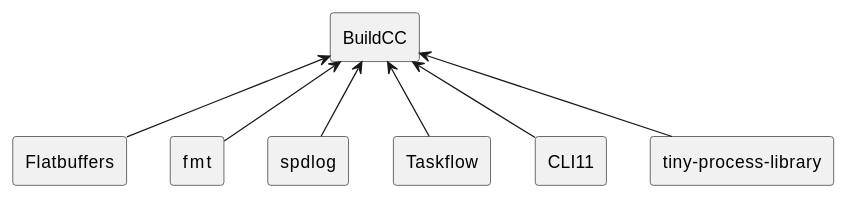
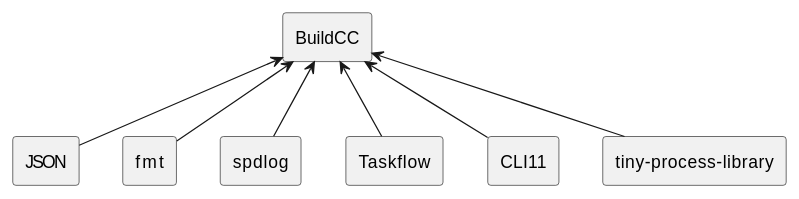
Before and after one commit to coder137/build_in_cpp: the first of 2 diagrams in docs/source/arch/software_heirarchy.rst, drawn with PlantUML. The commit also changed other lines of this file and 31 other files, not shown here.

```diff
--- a/docs/source/arch/software_heirarchy.rst
+++ b/docs/source/arch/software_heirarchy.rst
@@ -12,17 +12,17 @@
 .. uml::
    
-   rectangle Flatbuffers as flatbuffers
+   rectangle JSON as json
    rectangle fmt as fmt
    rectangle spdlog as spdlog
    rectangle Taskflow as taskflow
    rectangle CLI11 as cli11
    rectangle "tiny-process-library" as tpl
 
    rectangle BuildCC as buildcc
 
-   flatbuffers -up-> buildcc
+   json -up-> buildcc
    fmt -up-> buildcc
    spdlog -up-> buildcc
    taskflow -up-> buildcc
    cli11 -up-> buildcc
    tpl -up-> buildcc
```
